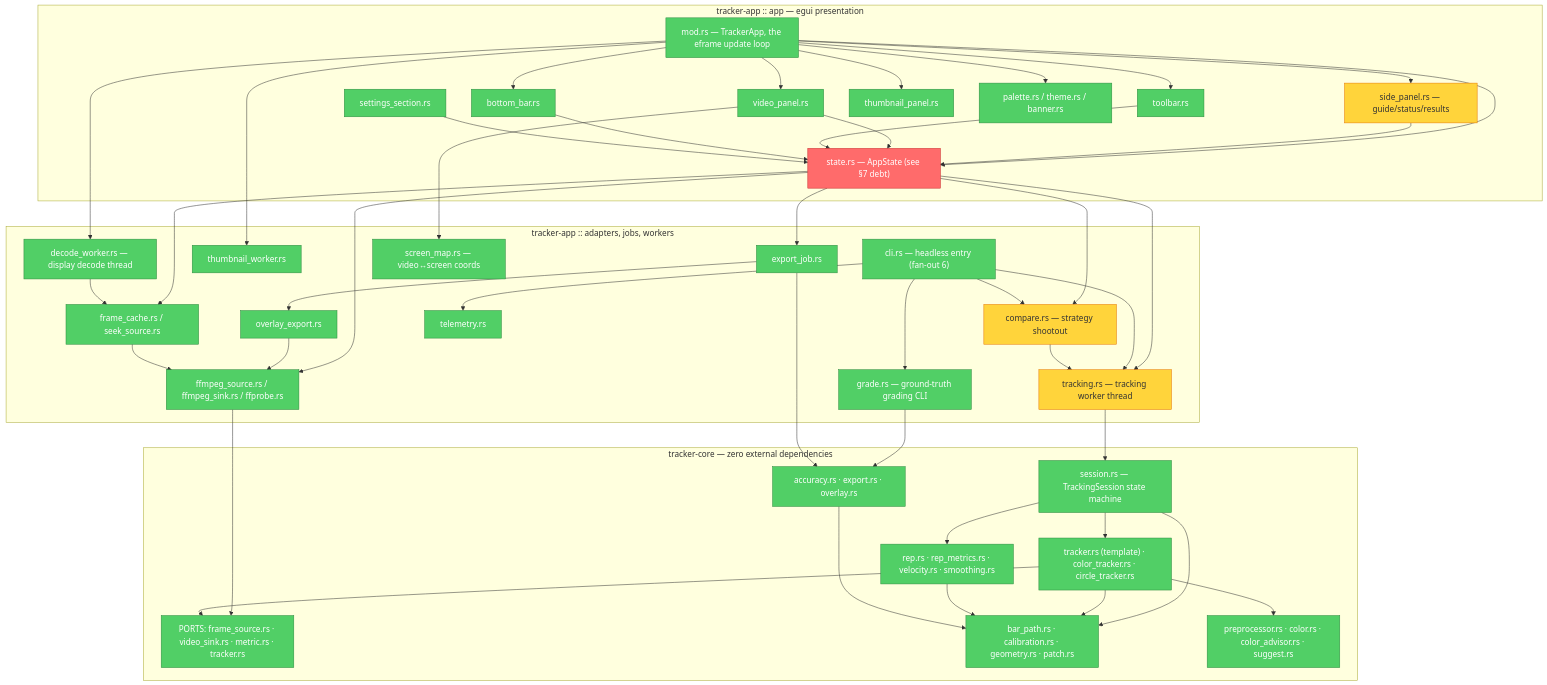
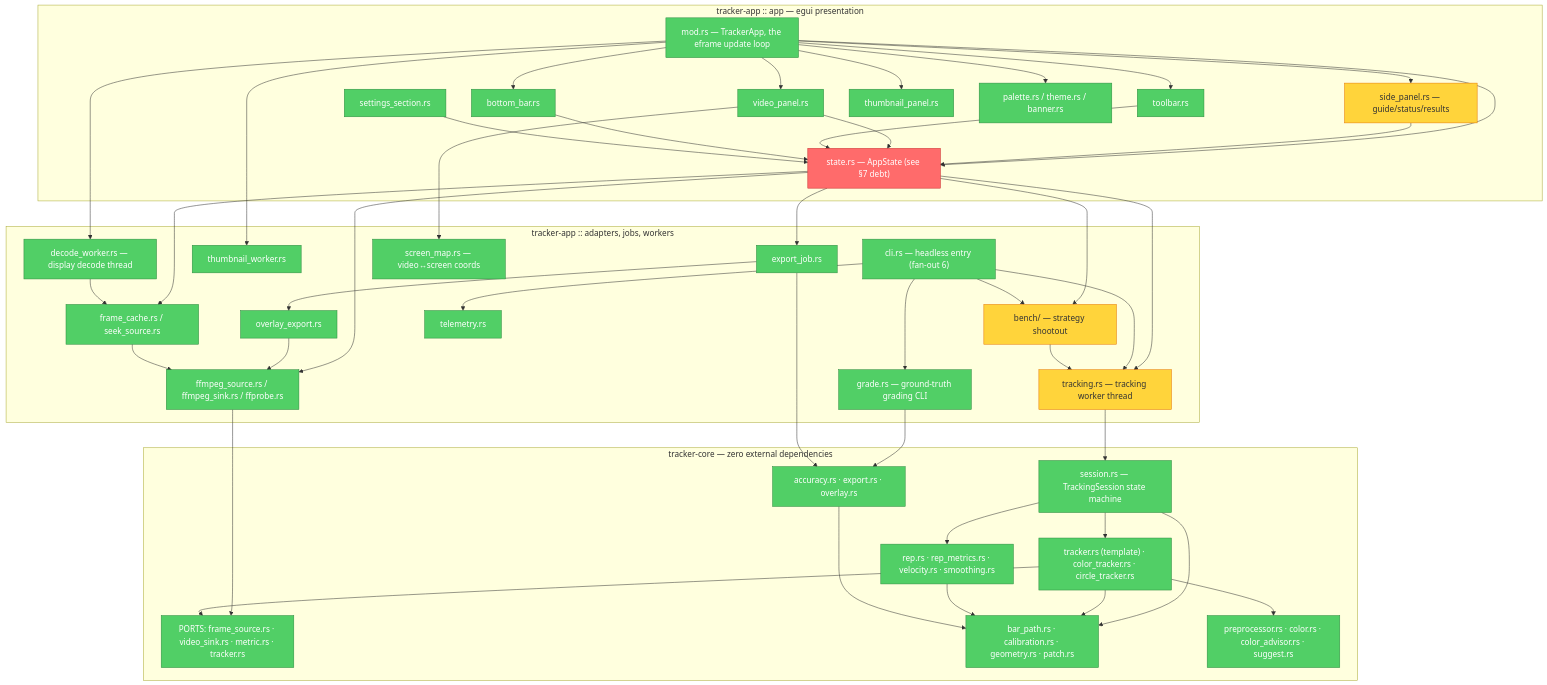
The first of 2 diagrams in docs/architecture.md (amadeu01/image-tracker), drawn with Mermaid before and after one commit. The commit also changed other lines of this file and 13 other files, not shown here.

First line of the commit message:
refactor(app): move the strategy benchmark into a bench module

```diff
--- a/docs/architecture.md
+++ b/docs/architecture.md
@@ -53,7 +53,7 @@
     subgraph App_Adapters["tracker-app :: adapters, jobs, workers"]
         Cli["cli.rs — headless entry (fan-out 6)"]
         Tracking["tracking.rs — tracking worker thread"]
-        Compare["compare.rs — strategy shootout"]
+        Compare["bench/ — strategy shootout"]
         Decode["decode_worker.rs — display decode thread"]
         ThumbW[thumbnail_worker.rs]
         ExportJob[export_job.rs]
```
